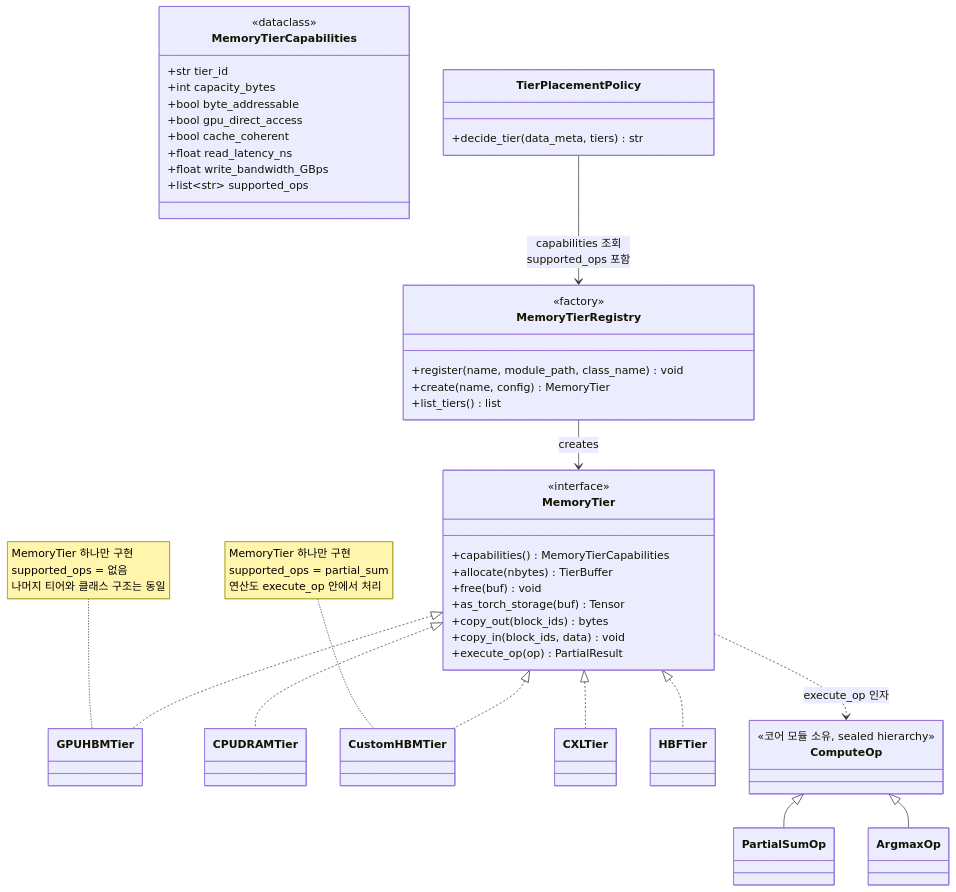
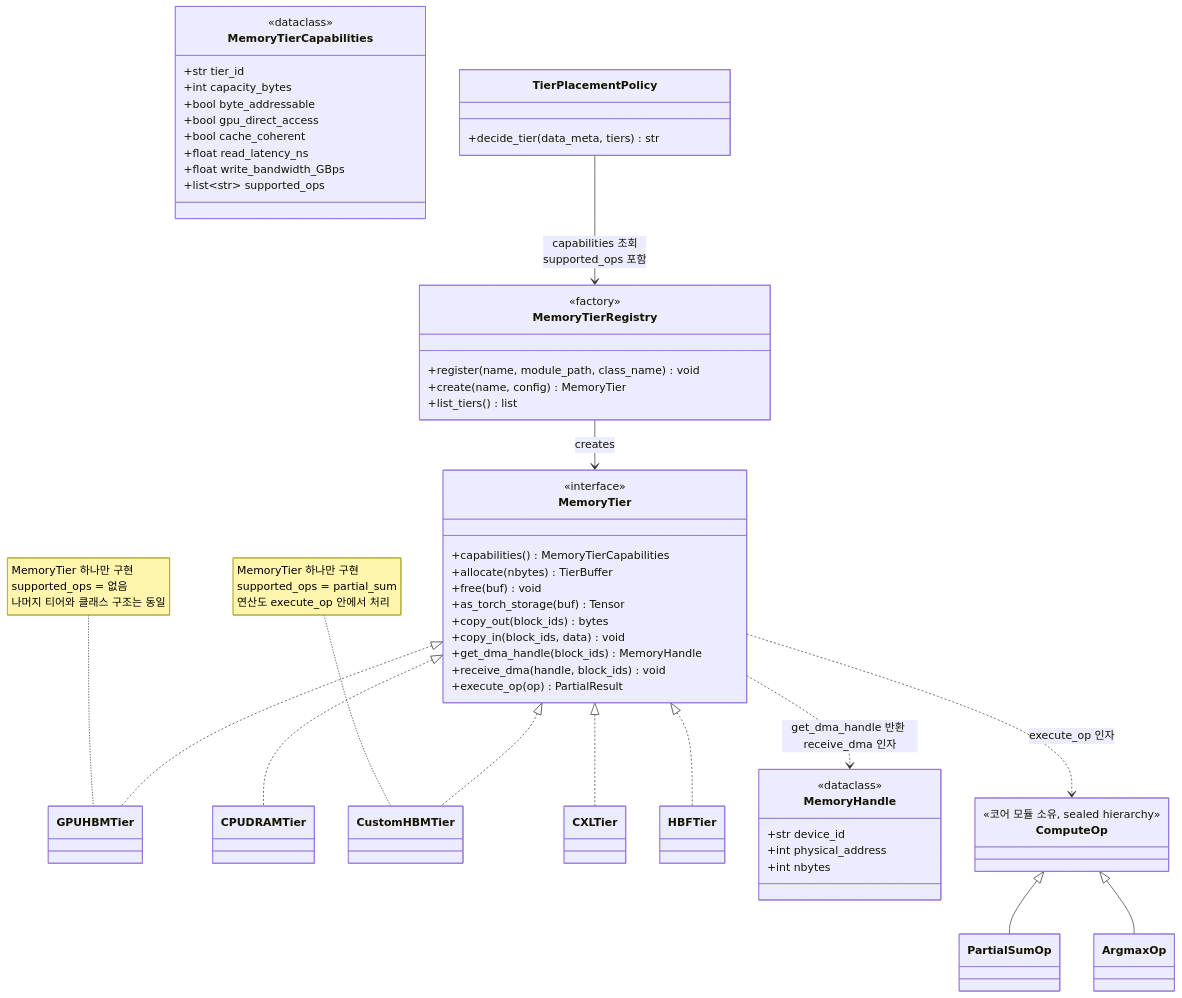
Before and after one commit to mkim0628/vllm: the second of 8 diagrams in doc-mk/vllm-memory-abstraction-level-candidates.md, drawn with Mermaid. The commit also changed other lines of this file and 3 other files, not shown here.

````diff
--- a/doc-mk/vllm-memory-abstraction-level-candidates.md
+++ b/doc-mk/vllm-memory-abstraction-level-candidates.md
@@ -161,55 +161,65 @@
 ```mermaid
 classDiagram
     class MemoryTierCapabilities {
         <<dataclass>>
         +str tier_id
         +int capacity_bytes
         +bool byte_addressable
         +bool gpu_direct_access
         +bool cache_coherent
         +float read_latency_ns
         +float write_bandwidth_GBps
         +list~str~ supported_ops
     }
 
     class MemoryTier {
         <<interface>>
         +capabilities() MemoryTierCapabilities
         +allocate(nbytes) TierBuffer
         +free(buf) void
         +as_torch_storage(buf) Tensor
         +copy_out(block_ids) bytes
         +copy_in(block_ids, data) void
+        +get_dma_handle(block_ids) MemoryHandle
+        +receive_dma(handle, block_ids) void
         +execute_op(op) PartialResult
     }
     MemoryTier <|.. GPUHBMTier
     MemoryTier <|.. CPUDRAMTier
     MemoryTier <|.. CustomHBMTier
     MemoryTier <|.. CXLTier
     MemoryTier <|.. HBFTier
+
+    class MemoryHandle {
+        <<dataclass>>
+        +str device_id
+        +int physical_address
+        +int nbytes
+    }
+    MemoryTier ..> MemoryHandle : get_dma_handle 반환 receive_dma 인자
 
     class ComputeOp {
         <<코어 모듈 소유, sealed hierarchy>>
     }
     class PartialSumOp
     class ArgmaxOp
     ComputeOp <|-- PartialSumOp
     ComputeOp <|-- ArgmaxOp
     MemoryTier ..> ComputeOp : execute_op 인자
 
     note for CustomHBMTier "MemoryTier 하나만 구현<br/>supported_ops = partial_sum<br/>연산도 execute_op 안에서 처리"
     note for GPUHBMTier "MemoryTier 하나만 구현<br/>supported_ops = 없음<br/>나머지 티어와 클래스 구조는 동일"
 
     class MemoryTierRegistry {
         <<factory>>
         +register(name, module_path, class_name) void
         +create(name, config) MemoryTier
         +list_tiers() list
     }
     MemoryTierRegistry --> MemoryTier : creates
 
     class TierPlacementPolicy {
         +decide_tier(data_meta, tiers) str
     }
     TierPlacementPolicy --> MemoryTierRegistry : capabilities 조회<br/>supported_ops 포함
 ```
````
